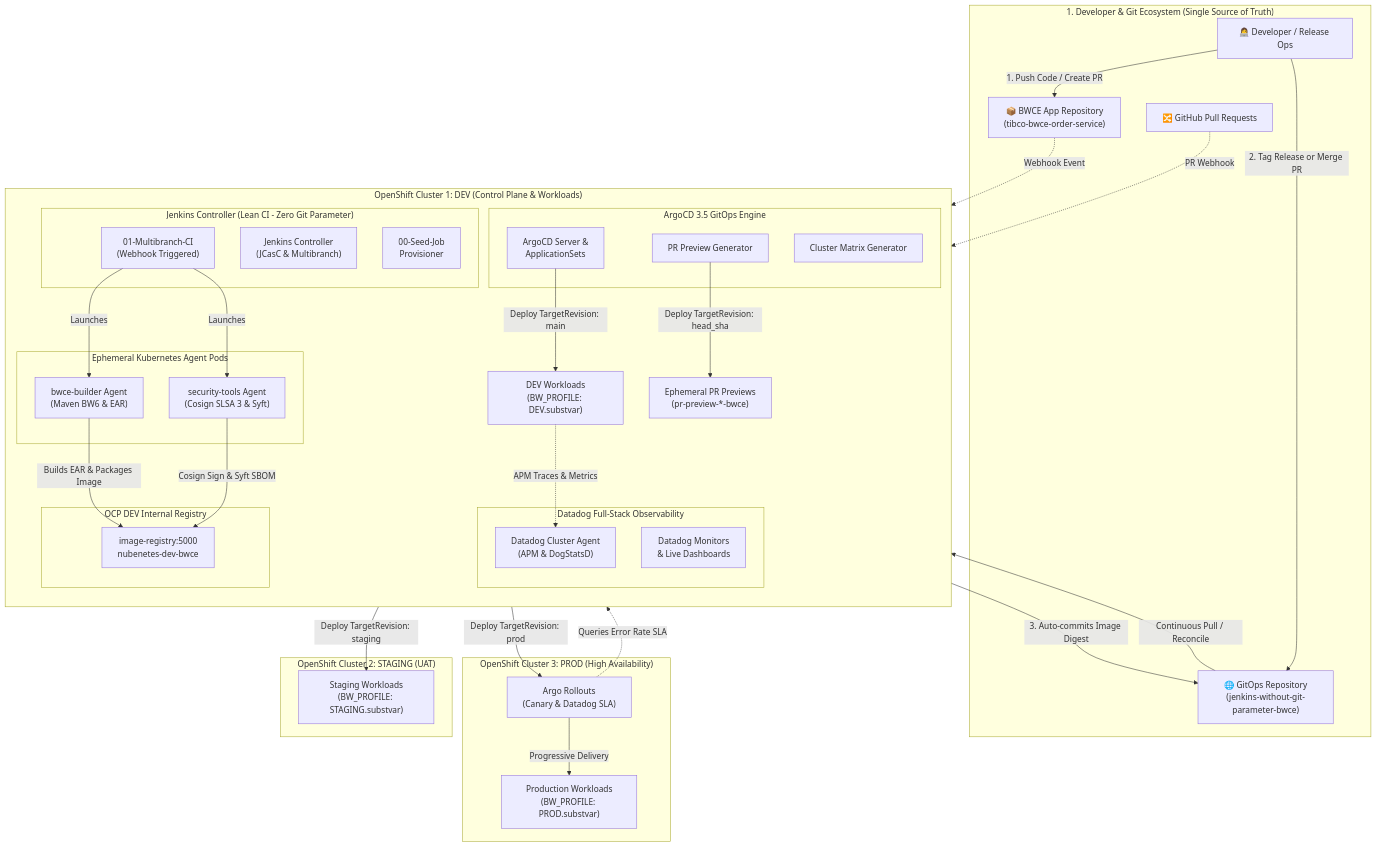
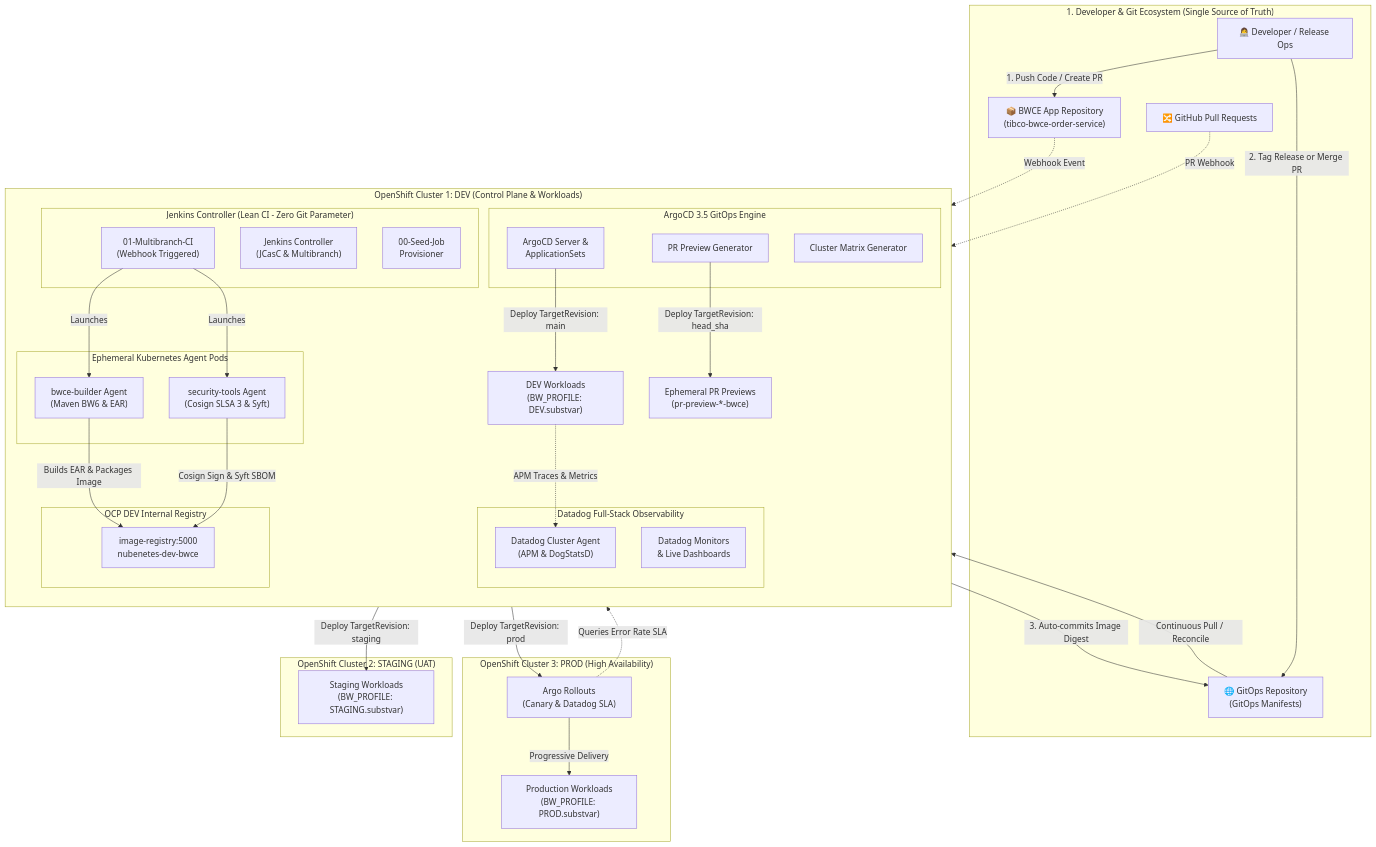
The third of 11 diagrams in README.md (nubenetes/jenkins-without-git-parameter-bwce), drawn with Mermaid before and after one commit. The commit also changed other lines of this file, not shown here.

Commit message:
docs: optimize Mermaid diagram labels, text wrapping, and sequence notes to prevent text truncation

````diff
--- a/README.md
+++ b/README.md
@@ -334,75 +334,75 @@
 ```mermaid
 flowchart TB
     subgraph DeveloperWorkspace["1. Developer & Git Ecosystem (Single Source of Truth)"]
         Dev["👩‍💻 Developer / Release Ops"]
         AppRepo["📦 BWCE App Repository<br/>(tibco-bwce-order-service)"]
-        GitOpsRepo["🌐 GitOps Repository<br/>(jenkins-without-git-parameter-bwce)"]
+        GitOpsRepo["🌐 GitOps Repository<br/>(GitOps Manifests)"]
         GitHubPR["🔀 GitHub Pull Requests"]
     end
 
     subgraph OCP_DEV["OpenShift Cluster 1: DEV (Control Plane & Workloads)"]
         direction TB
         subgraph JenkinsPlatform["Jenkins Controller (Lean CI - Zero Git Parameter)"]
             Master["Jenkins Controller<br/>(JCasC & Multibranch)"]
             Seed["00-Seed-Job<br/>Provisioner"]
             CIJob["01-Multibranch-CI<br/>(Webhook Triggered)"]
         end
 
         subgraph Agents["Ephemeral Kubernetes Agent Pods"]
             BwceAgent["bwce-builder Agent<br/>(Maven BW6 & EAR)"]
             SecurityAgent["security-tools Agent<br/>(Cosign SLSA 3 & Syft)"]
         end
 
         subgraph OCPDevRegistry["OCP DEV Internal Registry"]
             DevReg["image-registry:5000<br/>nubenetes-dev-bwce"]
         end
 
         subgraph ArgoCDMaster["ArgoCD 3.5 GitOps Engine"]
             ArgoServer["ArgoCD Server &<br/>ApplicationSets"]
             PRGen["PR Preview Generator"]
             MatrixGen["Cluster Matrix Generator"]
         end
 
         subgraph ObservabilityStack["Datadog Full-Stack Observability"]
             DDAgent["Datadog Cluster Agent<br/>(APM & DogStatsD)"]
             DDMonitors["Datadog Monitors<br/>& Live Dashboards"]
         end
 
         DevApps["DEV Workloads<br/>(BW_PROFILE: DEV.substvar)"]
         PreviewApps["Ephemeral PR Previews<br/>(pr-preview-*-bwce)"]
     end
 
     subgraph OCP_STG["OpenShift Cluster 2: STAGING (UAT)"]
         StgApps["Staging Workloads<br/>(BW_PROFILE: STAGING.substvar)"]
     end
 
     subgraph OCP_PRD["OpenShift Cluster 3: PROD (High Availability)"]
         PrdApps["Production Workloads<br/>(BW_PROFILE: PROD.substvar)"]
         Rollout["Argo Rollouts<br/>(Canary & Datadog SLA)"]
     end
 
     %% Developer interactions
     Dev -->|"1. Push Code / Create PR"| AppRepo
     Dev -->|"2. Tag Release or Merge PR"| GitOpsRepo
     AppRepo -.->|"Webhook Event"| CIJob
     GitHubPR -.->|"PR Webhook"| PRGen
 
     %% Jenkins CI Flow
     CIJob -->|Launches| BwceAgent
     BwceAgent -->|"Builds EAR & Packages Image"| DevReg
     CIJob -->|Launches| SecurityAgent
     SecurityAgent -->|"Cosign Sign & Syft SBOM"| DevReg
     SecurityAgent -->|"3. Auto-commits Image Digest"| GitOpsRepo
 
     %% ArgoCD GitOps Flow
     GitOpsRepo -->|"Continuous Pull / Reconcile"| ArgoServer
     ArgoServer -->|"Deploy TargetRevision: main"| DevApps
     PRGen -->|"Deploy TargetRevision: head_sha"| PreviewApps
     MatrixGen -->|"Deploy TargetRevision: staging"| StgApps
     MatrixGen -->|"Deploy TargetRevision: prod"| Rollout
     Rollout -->|"Progressive Delivery"| PrdApps
 
     %% Observability
     DevApps -.->|"APM Traces & Metrics"| DDAgent
     Rollout -.->|"Queries Error Rate SLA"| DDAgent
 ```
````
